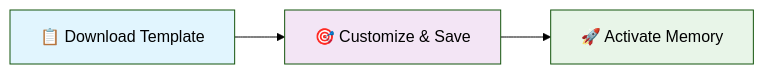
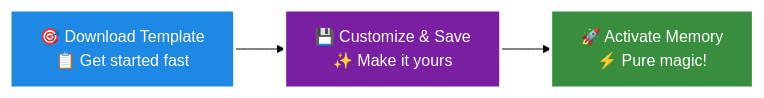
Before and after one commit to ncypher/-Claude-Memory-System: the first of 3 diagrams in README.md, drawn with Mermaid (forest theme). The commit also changed other lines of this file, not shown here.

````diff
--- a/README.md
+++ b/README.md
@@ -54,9 +54,9 @@
 ```mermaid
 graph LR
-    A[📋 Download Template] --> B[🎯 Customize & Save]
-    B --> C[🚀 Activate Memory]
+    A["🎯 Download Template<br/>📋 Get started fast"] --> B["💾 Customize & Save<br/>✨ Make it yours"]
+    B --> C["🚀 Activate Memory<br/>⚡ Pure magic!"]
     
-    style A fill:#e1f5fe
-    style B fill:#f3e5f5
-    style C fill:#e8f5e8
+    style A fill:#1e88e5,stroke:#ffffff,stroke-width:3px,color:#ffffff
+    style B fill:#7b1fa2,stroke:#ffffff,stroke-width:3px,color:#ffffff  
+    style C fill:#388e3c,stroke:#ffffff,stroke-width:3px,color:#ffffff
 ```
````
